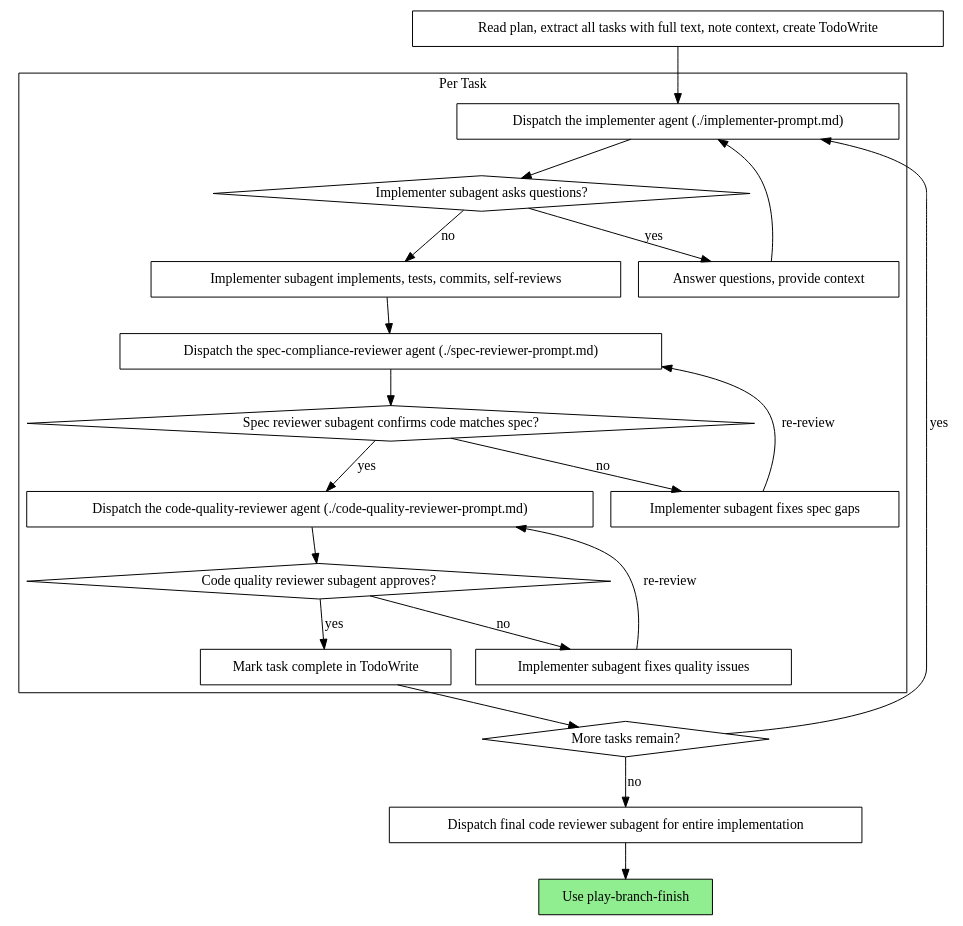
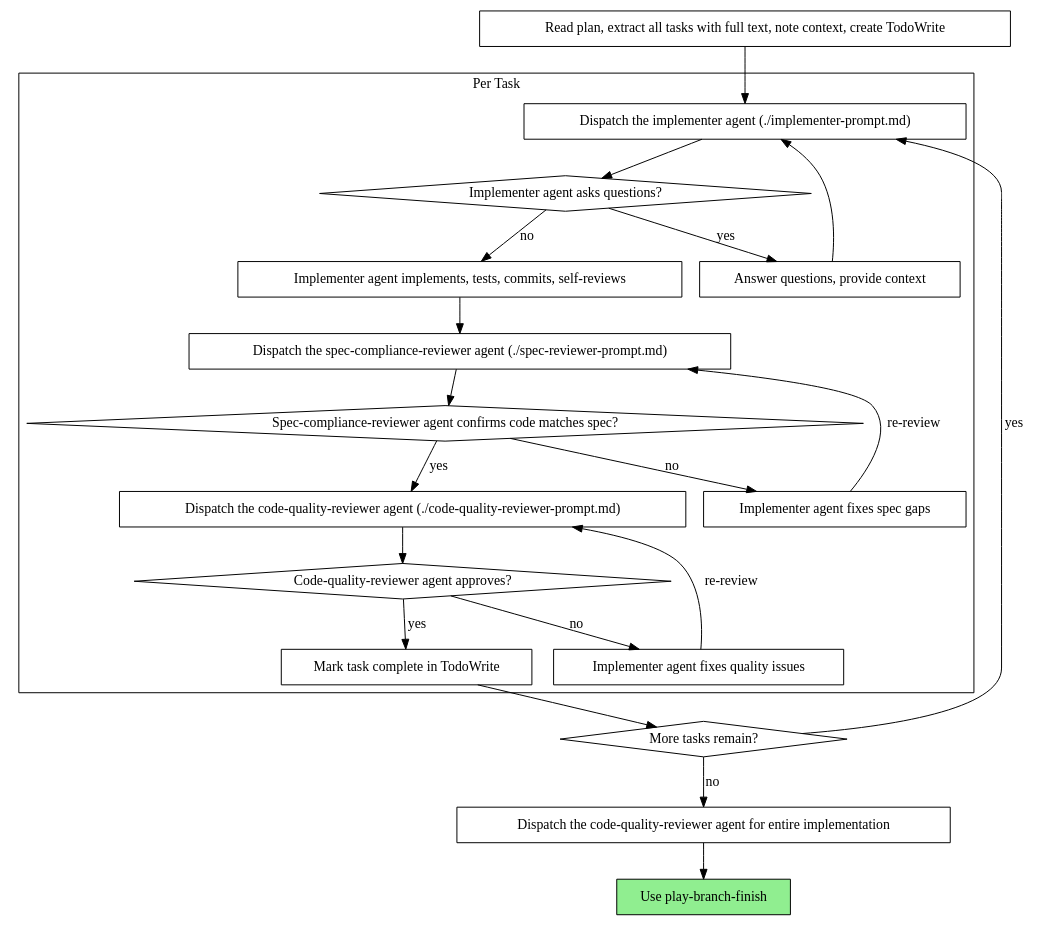
One commit to ryumiel/devcanon changed the second of 2 diagrams in skills/play-subagent-execution/SKILL.md. Above: the diagram before and after it, drawn with Graphviz.

Commit message:
docs(skills): rename remaining graph nodes to formal agent names
Make the digraph in play-subagent-execution/SKILL.md fully consistent
with Task 5's rename: descriptive nodes inside cluster_per_task and the
final-review dispatch node now use the formal agent names instead of
the informal "subagent" labels.

````diff
--- a/skills/play-subagent-execution/SKILL.md
+++ b/skills/play-subagent-execution/SKILL.md
@@ -43,44 +43,44 @@
 ```dot
 digraph process {
     rankdir=TB;
 
     subgraph cluster_per_task {
         label="Per Task";
         "Dispatch the implementer agent (./implementer-prompt.md)" [shape=box];
-        "Implementer subagent asks questions?" [shape=diamond];
+        "Implementer agent asks questions?" [shape=diamond];
         "Answer questions, provide context" [shape=box];
-        "Implementer subagent implements, tests, commits, self-reviews" [shape=box];
+        "Implementer agent implements, tests, commits, self-reviews" [shape=box];
         "Dispatch the spec-compliance-reviewer agent (./spec-reviewer-prompt.md)" [shape=box];
-        "Spec reviewer subagent confirms code matches spec?" [shape=diamond];
-        "Implementer subagent fixes spec gaps" [shape=box];
+        "Spec-compliance-reviewer agent confirms code matches spec?" [shape=diamond];
+        "Implementer agent fixes spec gaps" [shape=box];
         "Dispatch the code-quality-reviewer agent (./code-quality-reviewer-prompt.md)" [shape=box];
-        "Code quality reviewer subagent approves?" [shape=diamond];
-        "Implementer subagent fixes quality issues" [shape=box];
+        "Code-quality-reviewer agent approves?" [shape=diamond];
+        "Implementer agent fixes quality issues" [shape=box];
         "Mark task complete in TodoWrite" [shape=box];
     }
 
     "Read plan, extract all tasks with full text, note context, create TodoWrite" [shape=box];
     "More tasks remain?" [shape=diamond];
-    "Dispatch final code reviewer subagent for entire implementation" [shape=box];
+    "Dispatch the code-quality-reviewer agent for entire implementation" [shape=box];
     "Use play-branch-finish" [shape=box style=filled fillcolor=lightgreen];
 
     "Read plan, extract all tasks with full text, note context, create TodoWrite" -> "Dispatch the implementer agent (./implementer-prompt.md)";
-    "Dispatch the implementer agent (./implementer-prompt.md)" -> "Implementer subagent asks questions?";
-    "Implementer subagent asks questions?" -> "Answer questions, provide context" [label="yes"];
+    "Dispatch the implementer agent (./implementer-prompt.md)" -> "Implementer agent asks questions?";
+    "Implementer agent asks questions?" -> "Answer questions, provide context" [label="yes"];
     "Answer questions, provide context" -> "Dispatch the implementer agent (./implementer-prompt.md)";
-    "Implementer subagent asks questions?" -> "Implementer subagent implements, tests, commits, self-reviews" [label="no"];
-    "Implementer subagent implements, tests, commits, self-reviews" -> "Dispatch the spec-compliance-reviewer agent (./spec-reviewer-prompt.md)";
-    "Dispatch the spec-compliance-reviewer agent (./spec-reviewer-prompt.md)" -> "Spec reviewer subagent confirms code matches spec?";
-    "Spec reviewer subagent confirms code matches spec?" -> "Implementer subagent fixes spec gaps" [label="no"];
-    "Implementer subagent fixes spec gaps" -> "Dispatch the spec-compliance-reviewer agent (./spec-reviewer-prompt.md)" [label="re-review"];
-    "Spec reviewer subagent confirms code matches spec?" -> "Dispatch the code-quality-reviewer agent (./code-quality-reviewer-prompt.md)" [label="yes"];
-    "Dispatch the code-quality-reviewer agent (./code-quality-reviewer-prompt.md)" -> "Code quality reviewer subagent approves?";
-    "Code quality reviewer subagent approves?" -> "Implementer subagent fixes quality issues" [label="no"];
-    "Implementer subagent fixes quality issues" -> "Dispatch the code-quality-reviewer agent (./code-quality-reviewer-prompt.md)" [label="re-review"];
-    "Code quality reviewer subagent approves?" -> "Mark task complete in TodoWrite" [label="yes"];
+    "Implementer agent asks questions?" -> "Implementer agent implements, tests, commits, self-reviews" [label="no"];
+    "Implementer agent implements, tests, commits, self-reviews" -> "Dispatch the spec-compliance-reviewer agent (./spec-reviewer-prompt.md)";
+    "Dispatch the spec-compliance-reviewer agent (./spec-reviewer-prompt.md)" -> "Spec-compliance-reviewer agent confirms code matches spec?";
+    "Spec-compliance-reviewer agent confirms code matches spec?" -> "Implementer agent fixes spec gaps" [label="no"];
+    "Implementer agent fixes spec gaps" -> "Dispatch the spec-compliance-reviewer agent (./spec-reviewer-prompt.md)" [label="re-review"];
+    "Spec-compliance-reviewer agent confirms code matches spec?" -> "Dispatch the code-quality-reviewer agent (./code-quality-reviewer-prompt.md)" [label="yes"];
+    "Dispatch the code-quality-reviewer agent (./code-quality-reviewer-prompt.md)" -> "Code-quality-reviewer agent approves?";
+    "Code-quality-reviewer agent approves?" -> "Implementer agent fixes quality issues" [label="no"];
+    "Implementer agent fixes quality issues" -> "Dispatch the code-quality-reviewer agent (./code-quality-reviewer-prompt.md)" [label="re-review"];
+    "Code-quality-reviewer agent approves?" -> "Mark task complete in TodoWrite" [label="yes"];
     "Mark task complete in TodoWrite" -> "More tasks remain?";
     "More tasks remain?" -> "Dispatch the implementer agent (./implementer-prompt.md)" [label="yes"];
-    "More tasks remain?" -> "Dispatch final code reviewer subagent for entire implementation" [label="no"];
-    "Dispatch final code reviewer subagent for entire implementation" -> "Use play-branch-finish";
+    "More tasks remain?" -> "Dispatch the code-quality-reviewer agent for entire implementation" [label="no"];
+    "Dispatch the code-quality-reviewer agent for entire implementation" -> "Use play-branch-finish";
 }
 ```
````
